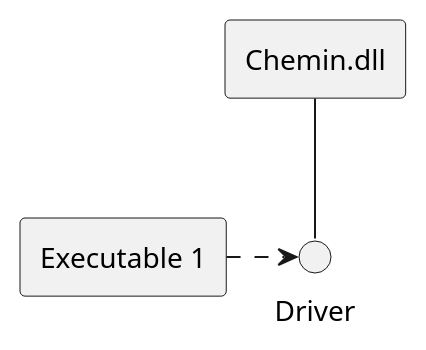
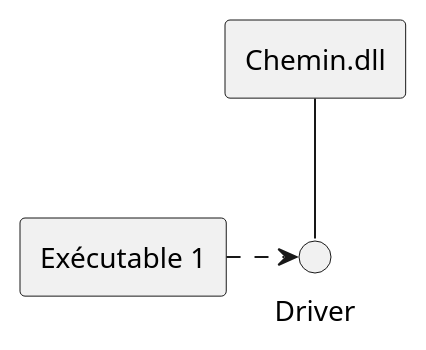
Before and after one commit to gigl-uml/Guide_uml_polymtl: the diagram in plant_uml/executableDiagram.plantuml, drawn with PlantUML. The commit also changed 10 other files, not shown here.

```diff
--- a/plant_uml/executableDiagram.plantuml
+++ b/plant_uml/executableDiagram.plantuml
@@ -1,11 +1,11 @@
 @startuml
 skinparam backgroundcolor transparent
-rectangle "Executable 1" as ex1
+rectangle "Exécutable 1" as ex1
 rectangle "Chemin.dll" as ex2
 
 interface "Driver" as iface1
 
 ex1 .> iface1
 ex2 -- iface1
 
 @enduml
```
